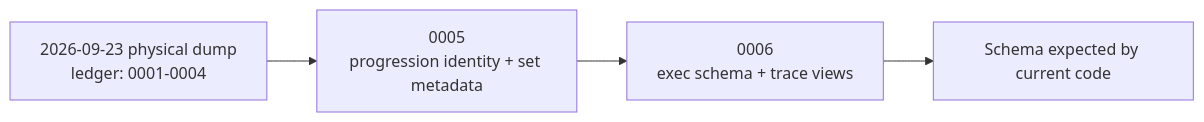
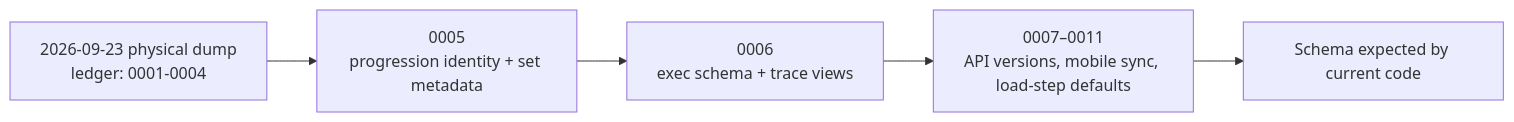
Before and after one commit to 0x41gawor/agonez: the diagram in __docs__/database/schema-overview.md, drawn with Mermaid. The commit also changed other lines of this file and 84 other files, not shown here.

````diff
--- a/__docs__/database/schema-overview.md
+++ b/__docs__/database/schema-overview.md
@@ -95,9 +98,10 @@
 ```mermaid
 flowchart LR
     Dump["2026-09-23 physical dump\nledger: 0001-0004"]
     M5["0005\nprogression identity + set metadata"]
     M6["0006\nexec schema + trace views"]
+    Later["0007–0011\nAPI versions, mobile sync, load-step defaults"]
     Expected["Schema expected by current code"]
 
-    Dump --> M5 --> M6 --> Expected
+    Dump --> M5 --> M6 --> Later --> Expected
 ```
````
